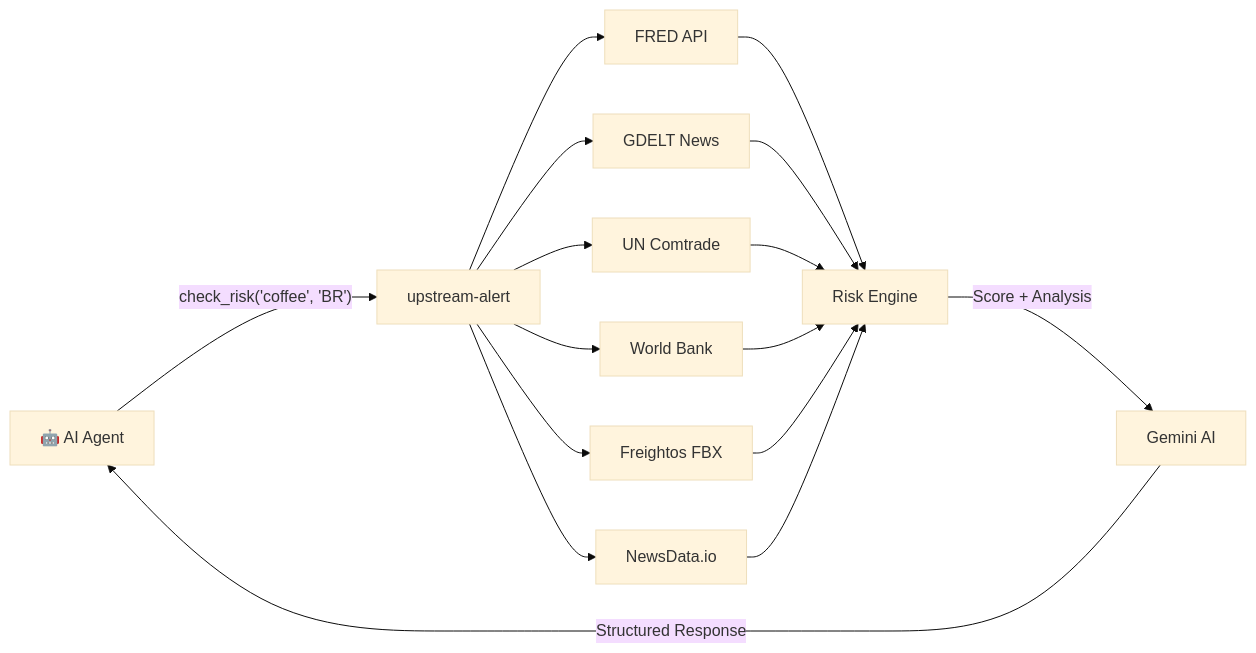
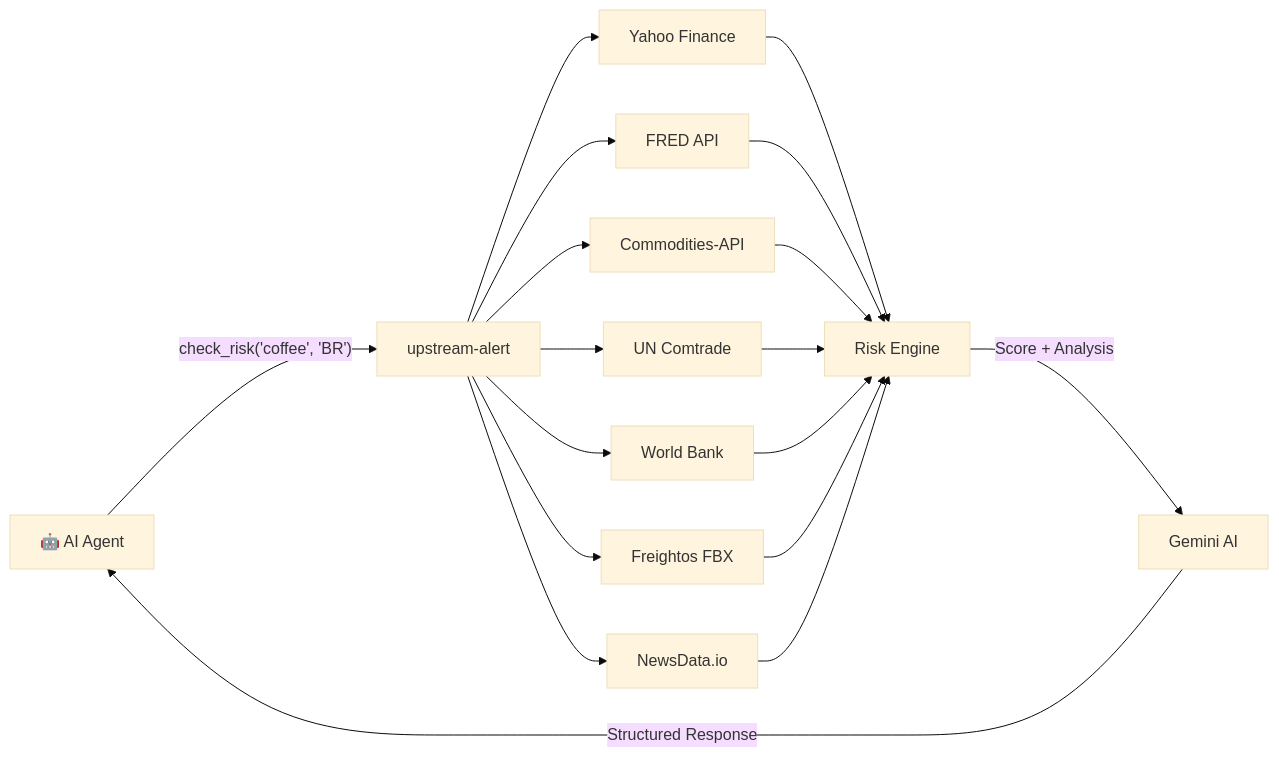
One commit to ImL1s/upstream-alert changed the diagram in README.md. Above: the diagram before and after it, drawn with Mermaid (base theme). The commit also changed other lines of this file and 7 other files, not shown here.

First line of the commit message:
feat: add Yahoo Finance commodity futures as daily data source

````diff
--- a/README.md
+++ b/README.md
@@ -26,13 +27,14 @@
 ```mermaid
 graph LR
     A[🤖 AI Agent] -->|"check_risk('coffee', 'BR')"| B[upstream-alert]
+    B --> B1[Yahoo Finance]
     B --> C[FRED API]
-    B --> D[GDELT News]
+    B --> D[Commodities-API]
     B --> E[UN Comtrade]
     B --> F[World Bank]
     B --> G[Freightos FBX]
     B --> H[NewsData.io]
-    C & D & E & F & G & H --> I[Risk Engine]
+    B1 & C & D & E & F & G & H --> I[Risk Engine]
     I -->|Score + Analysis| J[Gemini AI]
     J -->|Structured Response| A
 ```
````
